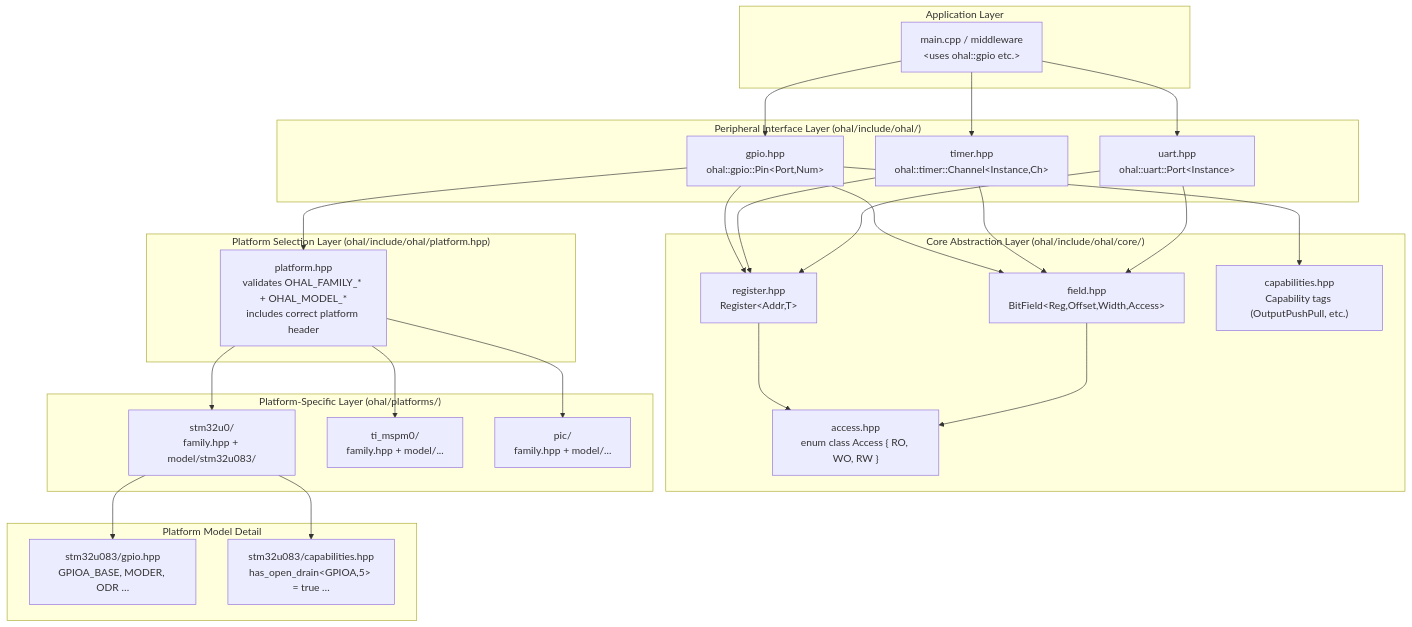
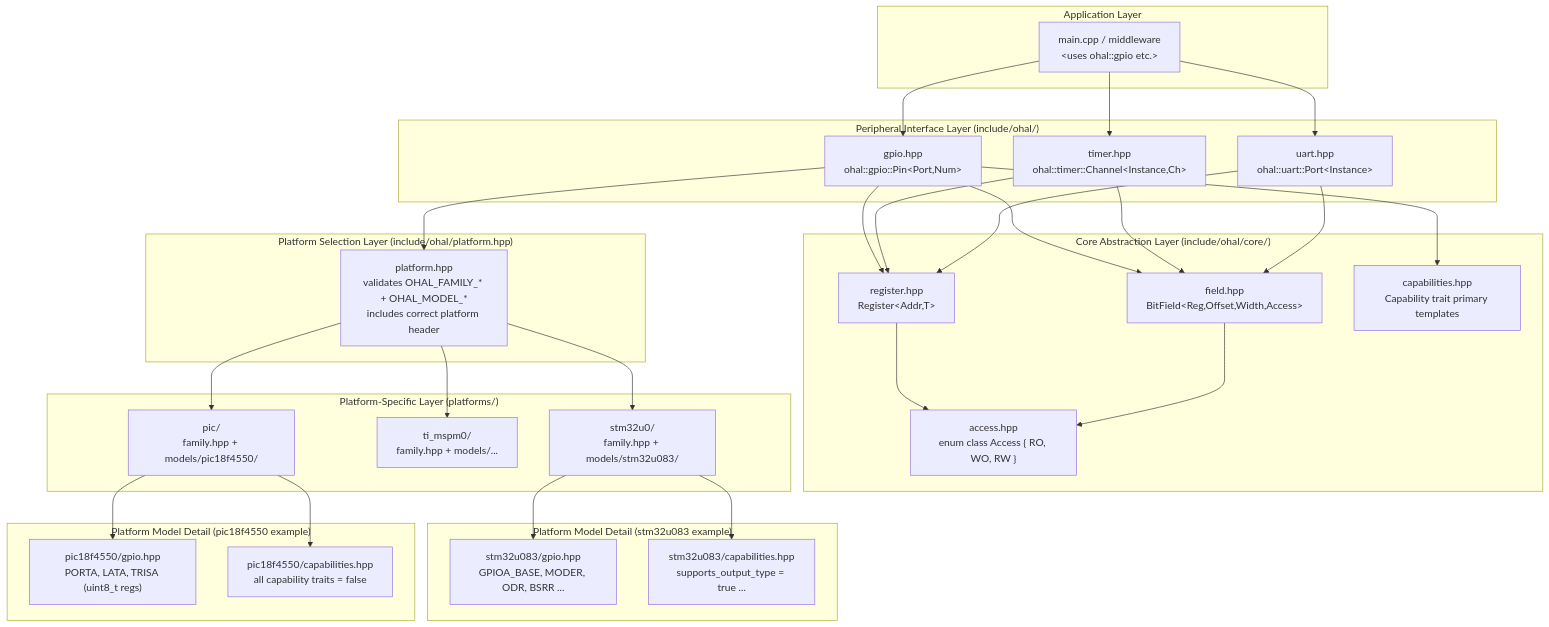
The first of 12 diagrams in docs/plan.md (grahame-org/ohal), drawn with Mermaid before and after one commit. The commit also changed other lines of this file and 10 other files, not shown here.

First line of the commit message:
Split steps into individual files, replace #pragma once with include guards, add PIC18F4550 non-ARM concrete implementation

````diff
--- a/docs/plan.md
+++ b/docs/plan.md
@@ -74,57 +75,64 @@
 ```mermaid
 graph TD
     subgraph "Application Layer"
         APP["main.cpp / middleware<br/>&lt;uses ohal::gpio etc.&gt;"]
     end
 
-    subgraph "Peripheral Interface Layer (ohal/include/ohal/)"
+    subgraph "Peripheral Interface Layer (include/ohal/)"
         GPIO_IF["gpio.hpp<br/>ohal::gpio::Pin&lt;Port,Num&gt;"]
         TIMER_IF["timer.hpp<br/>ohal::timer::Channel&lt;Instance,Ch&gt;"]
         UART_IF["uart.hpp<br/>ohal::uart::Port&lt;Instance&gt;"]
     end
 
-    subgraph "Core Abstraction Layer (ohal/include/ohal/core/)"
+    subgraph "Core Abstraction Layer (include/ohal/core/)"
         REG["register.hpp<br/>Register&lt;Addr,T&gt;"]
         FIELD["field.hpp<br/>BitField&lt;Reg,Offset,Width,Access&gt;"]
         ACCESS["access.hpp<br/>enum class Access { RO, WO, RW }"]
-        CAPS["capabilities.hpp<br/>Capability tags (OutputPushPull, etc.)"]
+        CAPS["capabilities.hpp<br/>Capability trait primary templates"]
     end
 
-    subgraph "Platform Selection Layer (ohal/include/ohal/platform.hpp)"
+    subgraph "Platform Selection Layer (include/ohal/platform.hpp)"
         SEL["platform.hpp<br/>validates OHAL_FAMILY_* + OHAL_MODEL_*<br/>includes correct platform header"]
     end
 
-    subgraph "Platform-Specific Layer (ohal/platforms/)"
-        STM32U0["stm32u0/<br/>family.hpp + model/stm32u083/"]
-        MSP["ti_mspm0/<br/>family.hpp + model/..."]
-        PIC["pic/<br/>family.hpp + model/..."]
+    subgraph "Platform-Specific Layer (platforms/)"
+        STM32U0["stm32u0/<br/>family.hpp + models/stm32u083/"]
+        MSP["ti_mspm0/<br/>family.hpp + models/..."]
+        PIC["pic/<br/>family.hpp + models/pic18f4550/"]
     end
 
-    subgraph "Platform Model Detail"
-        STM32U083_GPIO["stm32u083/gpio.hpp<br/>GPIOA_BASE, MODER, ODR …"]
-        STM32U083_CAPS["stm32u083/capabilities.hpp<br/>has_open_drain&lt;GPIOA,5&gt; = true …"]
+    subgraph "Platform Model Detail (stm32u083 example)"
+        STM32U083_GPIO["stm32u083/gpio.hpp<br/>GPIOA_BASE, MODER, ODR, BSRR ..."]
+        STM32U083_CAPS["stm32u083/capabilities.hpp<br/>supports_output_type = true ..."]
+    end
+
+    subgraph "Platform Model Detail (pic18f4550 example)"
+        PIC18_GPIO["pic18f4550/gpio.hpp<br/>PORTA, LATA, TRISA (uint8_t regs)"]
+        PIC18_CAPS["pic18f4550/capabilities.hpp<br/>all capability traits = false"]
     end
 
     APP --> GPIO_IF
     APP --> TIMER_IF
     APP --> UART_IF
 
     GPIO_IF --> REG
     GPIO_IF --> FIELD
     GPIO_IF --> CAPS
     TIMER_IF --> REG
     TIMER_IF --> FIELD
     UART_IF --> REG
     UART_IF --> FIELD
 
     REG --> ACCESS
     FIELD --> ACCESS
 
     GPIO_IF --> SEL
     SEL --> STM32U0
     SEL --> MSP
     SEL --> PIC
 
     STM32U0 --> STM32U083_GPIO
     STM32U0 --> STM32U083_CAPS
+    PIC --> PIC18_GPIO
+    PIC --> PIC18_CAPS
 ```
````
